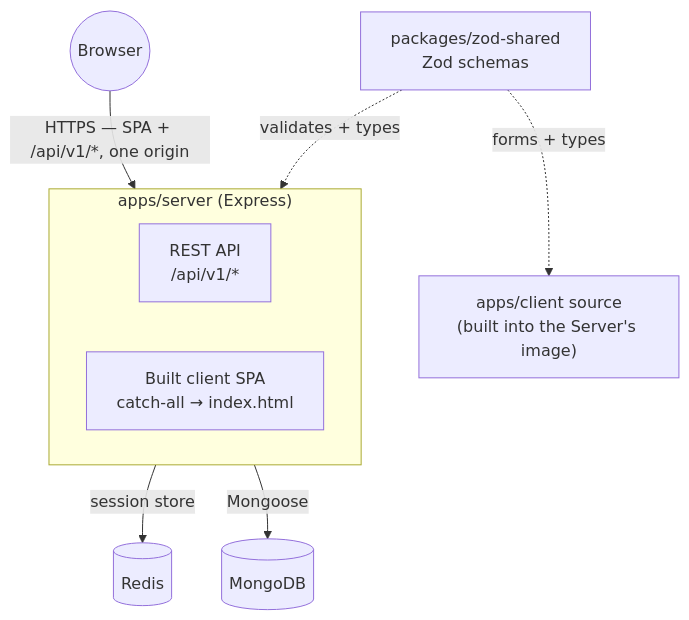
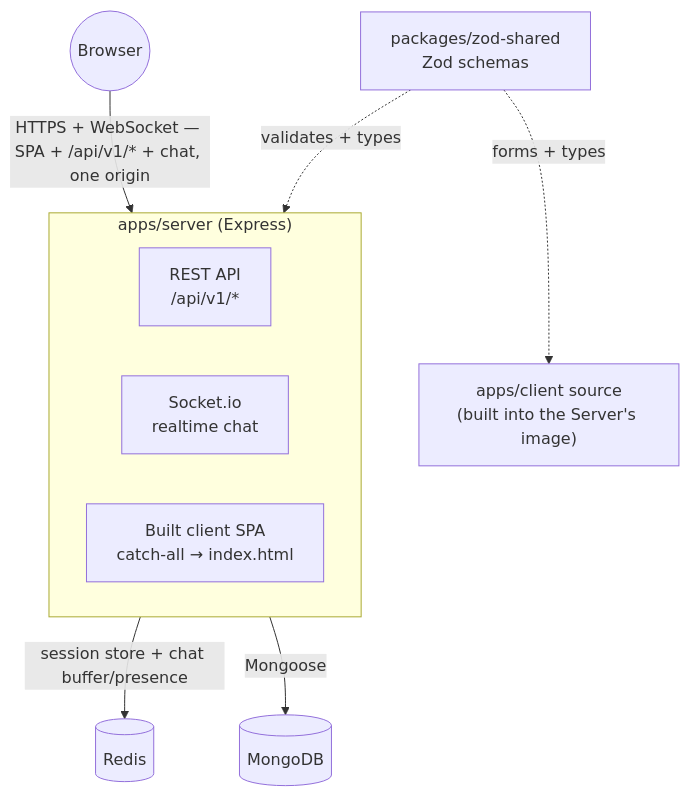
Before and after one commit to YonatanHen/Blog-Chat-app: the first of 4 diagrams in README.md, drawn with Mermaid. The commit also changed other lines of this file and 2 other files, not shown here.

First line of the commit message:
docs: chat is built - tick the section 14 chat items and update the README

````diff
--- a/README.md
+++ b/README.md
@@ -20,14 +20,15 @@
 ```mermaid
 flowchart TB
-    Browser(("Browser")) -->|"HTTPS — SPA + /api/v1/*, one origin"| Server
+    Browser(("Browser")) -->|"HTTPS + WebSocket — SPA + /api/v1/* + chat, one origin"| Server
 
     subgraph Server["apps/server (Express)"]
         API["REST API<br/>/api/v1/*"]
+        Chat["Socket.io<br/>realtime chat"]
         SPA["Built client SPA<br/>catch-all → index.html"]
     end
 
-    Server -->|session store| Redis[("Redis")]
+    Server -->|session store + chat buffer/presence| Redis[("Redis")]
     Server -->|Mongoose| Mongo[("MongoDB")]
     Shared["packages/zod-shared<br/>Zod schemas"] -.validates + types.-> Server
     Shared -.forms + types.-> ClientSrc["apps/client source<br/>(built into the Server's image)"]
 ```
````
